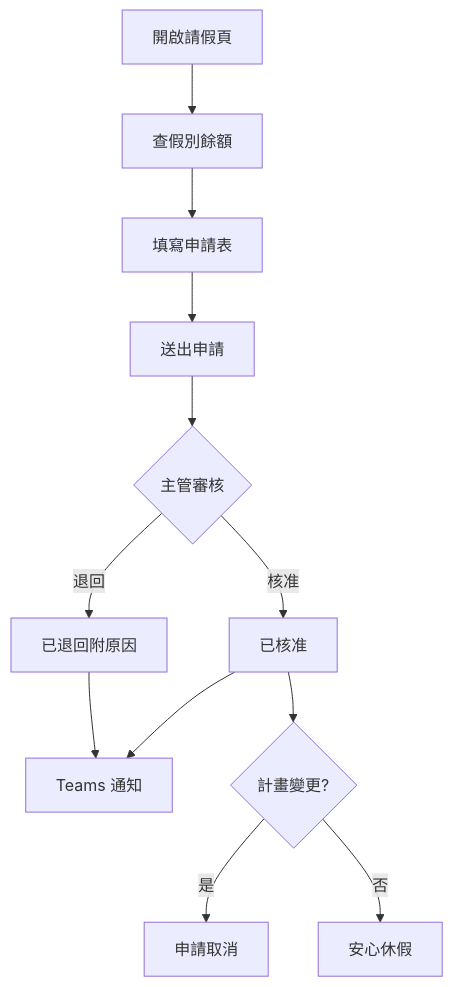
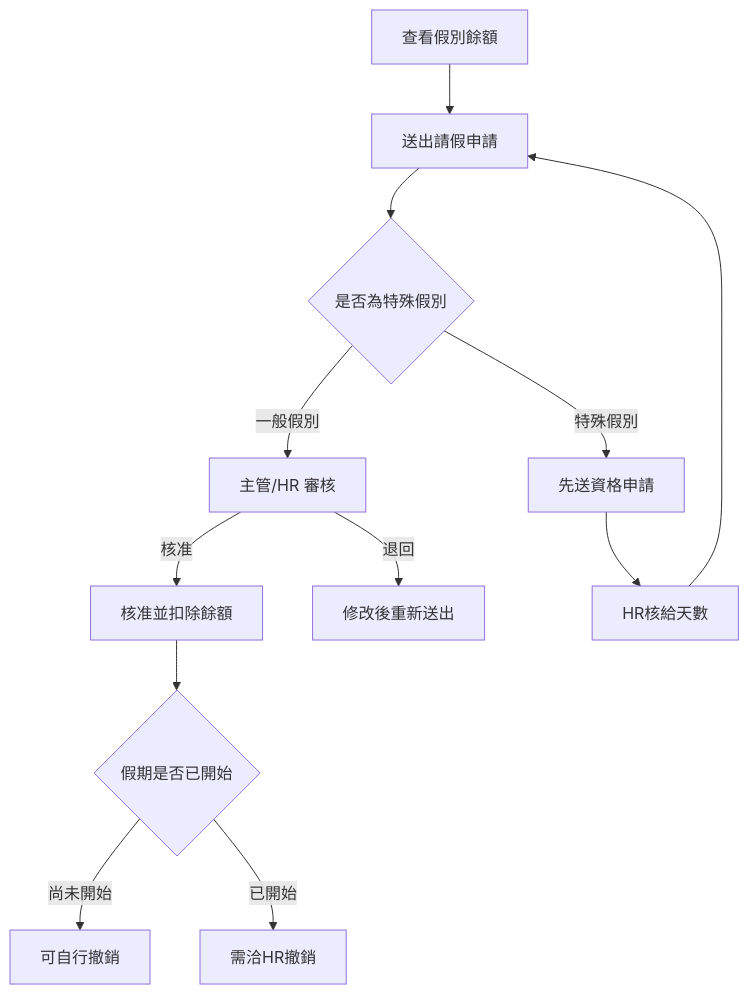
One commit to cancerfreebiotech/myops changed the first of 3 diagrams in docs/generated/zh-TW-user.md. Above: the diagram before and after it, drawn with Mermaid. The commit also changed other lines of this file and 6 other files, not shown here.

````diff
--- a/docs/generated/zh-TW-user.md
+++ b/docs/generated/zh-TW-user.md
@@ -135,14 +434,14 @@
 ```mermaid
 flowchart TD
-    A[開啟請假頁] --> B[查假別餘額]
-    B --> C[填寫申請表]
-    C --> D[送出申請]
-    D --> E{主管審核}
-    E -->|核准| F[已核准]
-    E -->|退回| G[已退回附原因]
-    F --> H[Teams 通知]
-    G --> H
-    F --> I{計畫變更?}
-    I -->|是| J[申請取消]
-    I -->|否| K[安心休假]
+    A[查看假別餘額] --> B[送出請假申請]
+    B --> C{是否為特殊假別}
+    C -->|一般假別| D["主管/HR 審核"]
+    C -->|特殊假別| E[先送資格申請]
+    E --> F[HR核給天數]
+    F --> B
+    D -->|核准| G[核准並扣除餘額]
+    D -->|退回| H[修改後重新送出]
+    G --> I{假期是否已開始}
+    I -->|尚未開始| J[可自行撤銷]
+    I -->|已開始| K[需洽HR撤銷]
 ```
````
